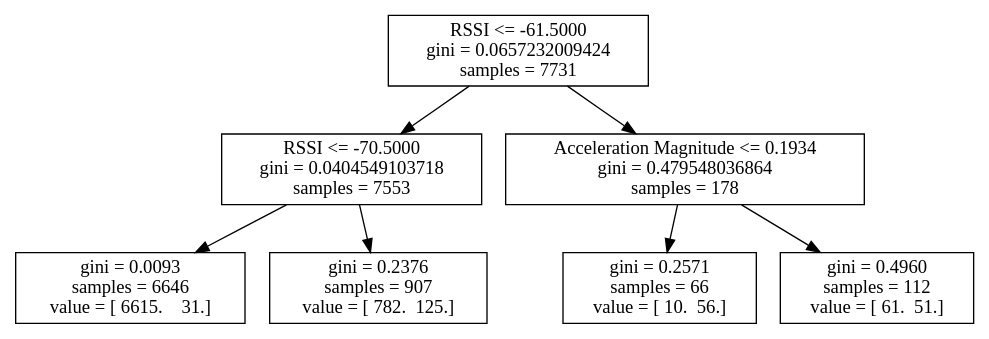
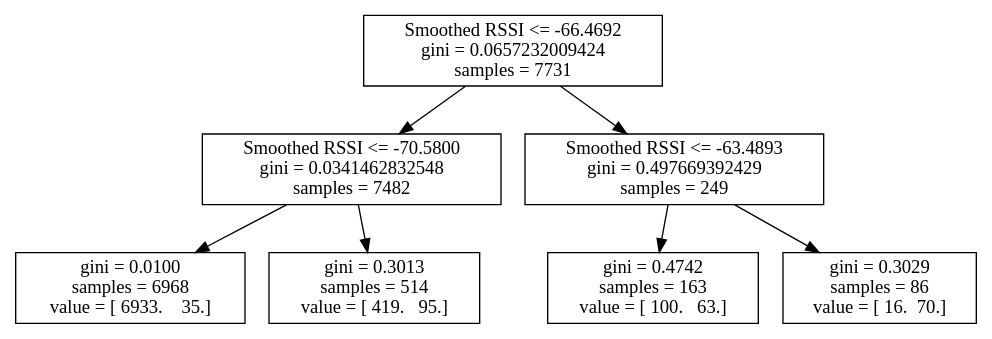
Before and after one commit to atitus5/6s062-Project: the diagram in logs/4_19/log11.dot, drawn with Graphviz. The commit also changed 75 other files, not shown here.

```diff
--- a/logs/4_19/log11.dot
+++ b/logs/4_19/log11.dot
@@ -1,15 +1,15 @@
 digraph Tree {
-0 [label="RSSI <= -61.5000\ngini = 0.0657232009424\nsamples = 7731", shape="box"] ;
-1 [label="RSSI <= -70.5000\ngini = 0.0404549103718\nsamples = 7553", shape="box"] ;
+0 [label="Smoothed RSSI <= -66.4692\ngini = 0.0657232009424\nsamples = 7731", shape="box"] ;
+1 [label="Smoothed RSSI <= -70.5800\ngini = 0.0341462832548\nsamples = 7482", shape="box"] ;
 0 -> 1 ;
-2 [label="gini = 0.0093\nsamples = 6646\nvalue = [ 6615.    31.]", shape="box"] ;
+2 [label="gini = 0.0100\nsamples = 6968\nvalue = [ 6933.    35.]", shape="box"] ;
 1 -> 2 ;
-3 [label="gini = 0.2376\nsamples = 907\nvalue = [ 782.  125.]", shape="box"] ;
+3 [label="gini = 0.3013\nsamples = 514\nvalue = [ 419.   95.]", shape="box"] ;
 1 -> 3 ;
-4 [label="Acceleration Magnitude <= 0.1934\ngini = 0.479548036864\nsamples = 178", shape="box"] ;
+4 [label="Smoothed RSSI <= -63.4893\ngini = 0.497669392429\nsamples = 249", shape="box"] ;
 0 -> 4 ;
-5 [label="gini = 0.2571\nsamples = 66\nvalue = [ 10.  56.]", shape="box"] ;
+5 [label="gini = 0.4742\nsamples = 163\nvalue = [ 100.   63.]", shape="box"] ;
 4 -> 5 ;
-6 [label="gini = 0.4960\nsamples = 112\nvalue = [ 61.  51.]", shape="box"] ;
+6 [label="gini = 0.3029\nsamples = 86\nvalue = [ 16.  70.]", shape="box"] ;
 4 -> 6 ;
 }
```
